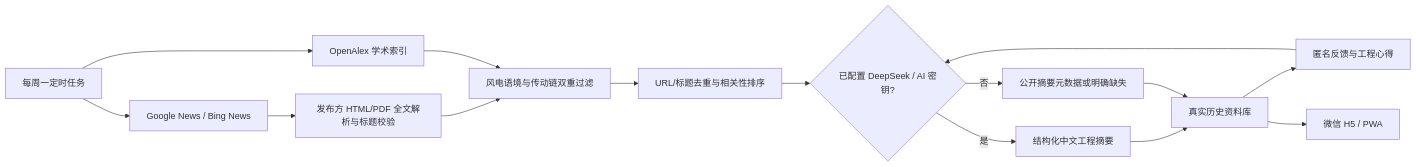
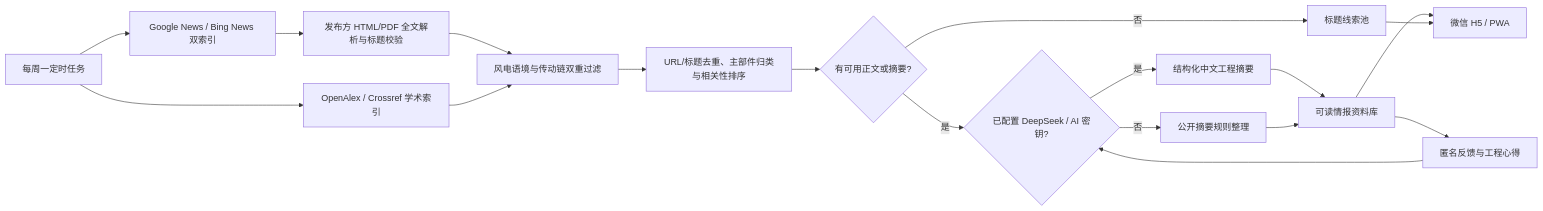
The diagram in README.md (WxF5ve/wind-drivetrain-intelligence), drawn with Mermaid before and after one commit. The commit also changed other lines of this file and 2 other files, not shown here.

Commit message:
docs: document clue pool and domestic source expansion

````diff
--- a/README.md
+++ b/README.md
@@ -93,17 +95,20 @@
 ```mermaid
 flowchart LR
-    A["每周一定时任务"] --> B["Google News / Bing News"]
-    A --> C["OpenAlex 学术索引"]
+    A["每周一定时任务"] --> B["Google News / Bing News 双索引"]
+    A --> C["OpenAlex / Crossref 学术索引"]
     B --> D["发布方 HTML/PDF 全文解析与标题校验"]
     D --> E["风电语境与传动链双重过滤"]
     C --> E
-    E --> F["URL/标题去重与相关性排序"]
-    F --> G{"已配置 DeepSeek / AI 密钥?"}
+    E --> F["URL/标题去重、主部件归类与相关性排序"]
+    F --> Q{"有可用正文或摘要?"}
+    Q -- "否" --> M["标题线索池"]
+    Q -- "是" --> G{"已配置 DeepSeek / AI 密钥?"}
     G -- "是" --> H["结构化中文工程摘要"]
-    G -- "否" --> I["公开摘要元数据或明确缺失"]
-    H --> J["真实历史资料库"]
+    G -- "否" --> I["公开摘要规则整理"]
+    H --> J["可读情报资料库"]
     I --> J
     J --> L["匿名反馈与工程心得"]
     L --> G
     J --> K["微信 H5 / PWA"]
+    M --> K
 ```
````
